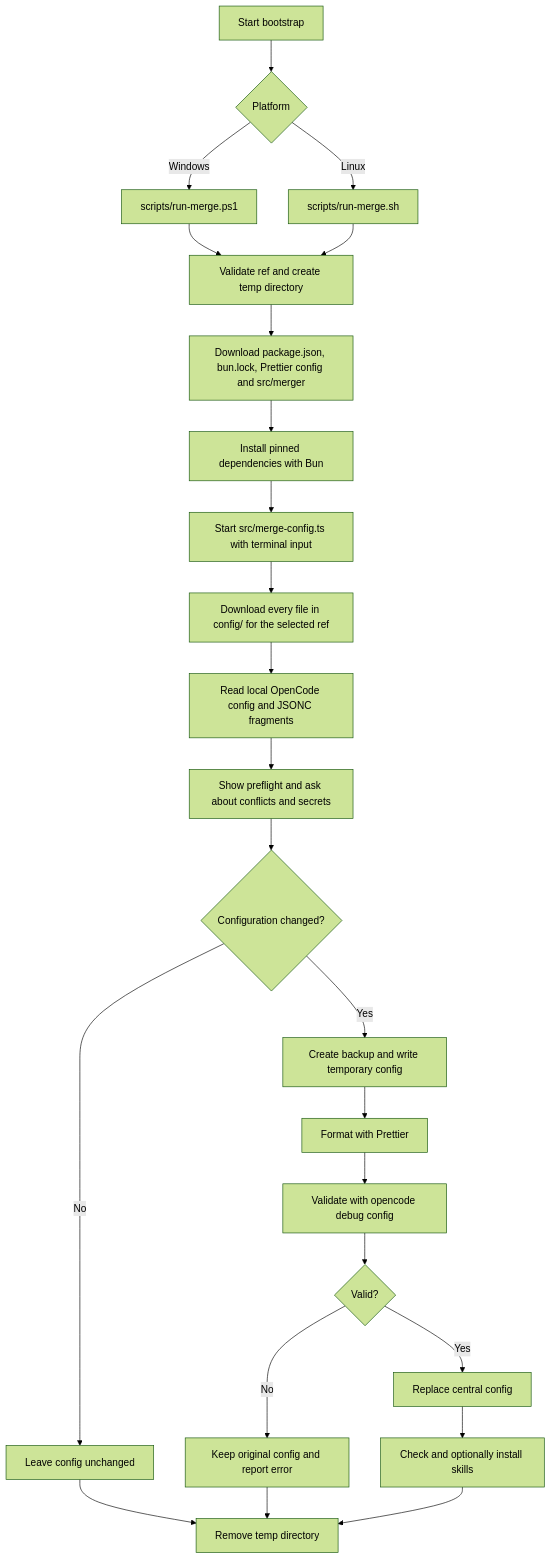
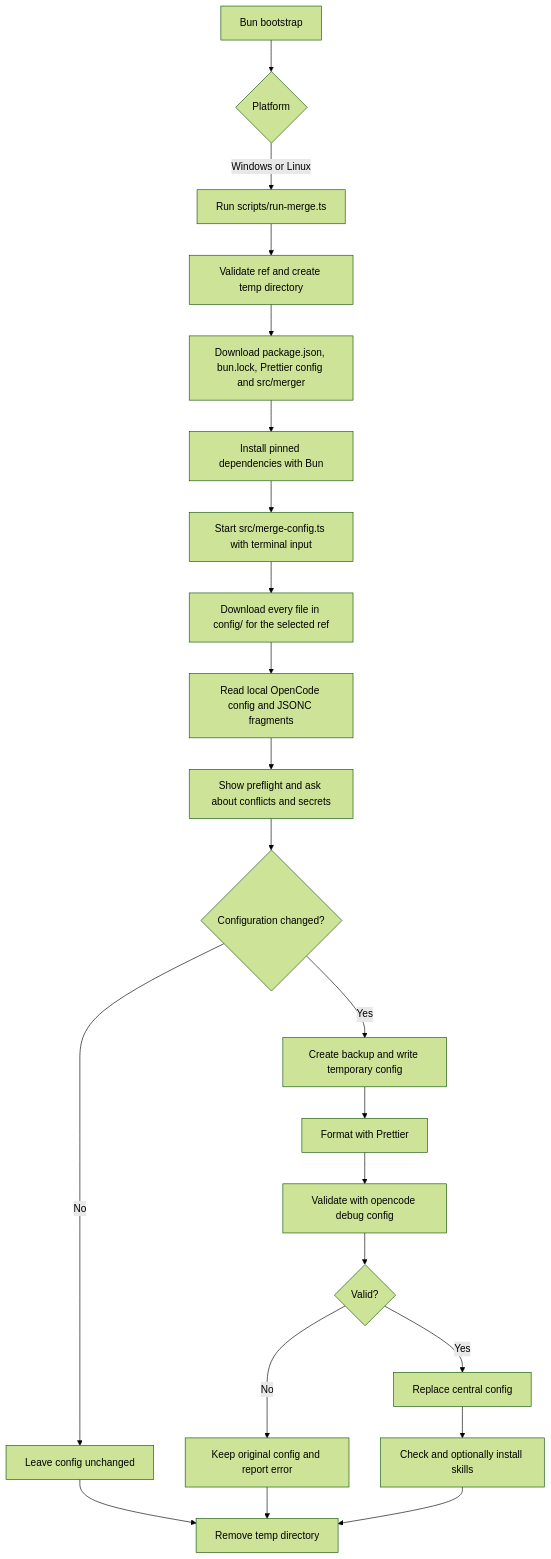
Before and after one commit to KeesCBakker/keestalkstech-code-gallery: the diagram in 15.opencode/README.md, drawn with Mermaid (forest theme). The commit also changed other lines of this file and 3 other files, not shown here.

Commit message:
refactor(opencode): use Bun bootstrap across platforms

````diff
--- a/15.opencode/README.md
+++ b/15.opencode/README.md
@@ -69,26 +64,24 @@
 ```mermaid
 flowchart TD
-    A[Start bootstrap] --> B{Platform}
-    B -->|Windows| C[scripts/run-merge.ps1]
-    B -->|Linux| D[scripts/run-merge.sh]
-    C --> E[Validate ref and create temp directory]
-    D --> E
-    E --> F[Download package.json, bun.lock, Prettier config and src/merger]
-    F --> G[Install pinned dependencies with Bun]
-    G --> H[Start src/merge-config.ts with terminal input]
-    H --> I[Download every file in config/ for the selected ref]
-    I --> J[Read local OpenCode config and JSONC fragments]
-    J --> K[Show preflight and ask about conflicts and secrets]
-    K --> L{Configuration changed?}
-    L -->|No| M[Leave config unchanged]
-    L -->|Yes| N[Create backup and write temporary config]
-    N --> O[Format with Prettier]
-    O --> P[Validate with opencode debug config]
-    P --> Q{Valid?}
-    Q -->|No| R[Keep original config and report error]
-    Q -->|Yes| S[Replace central config]
-    S --> T[Check and optionally install skills]
-    M --> U[Remove temp directory]
-    R --> U
-    T --> U
+    A[Bun bootstrap] --> B{Platform}
+    B -->|Windows or Linux| C[Run scripts/run-merge.ts]
+    C --> D[Validate ref and create temp directory]
+    D --> E[Download package.json, bun.lock, Prettier config and src/merger]
+    E --> F[Install pinned dependencies with Bun]
+    F --> G[Start src/merge-config.ts with terminal input]
+    G --> H[Download every file in config/ for the selected ref]
+    H --> I[Read local OpenCode config and JSONC fragments]
+    I --> J[Show preflight and ask about conflicts and secrets]
+    J --> K{Configuration changed?}
+    K -->|No| L[Leave config unchanged]
+    K -->|Yes| M[Create backup and write temporary config]
+    M --> N[Format with Prettier]
+    N --> O[Validate with opencode debug config]
+    O --> P{Valid?}
+    P -->|No| Q[Keep original config and report error]
+    P -->|Yes| R[Replace central config]
+    R --> S[Check and optionally install skills]
+    L --> T[Remove temp directory]
+    Q --> T
+    S --> T
 ```
````
